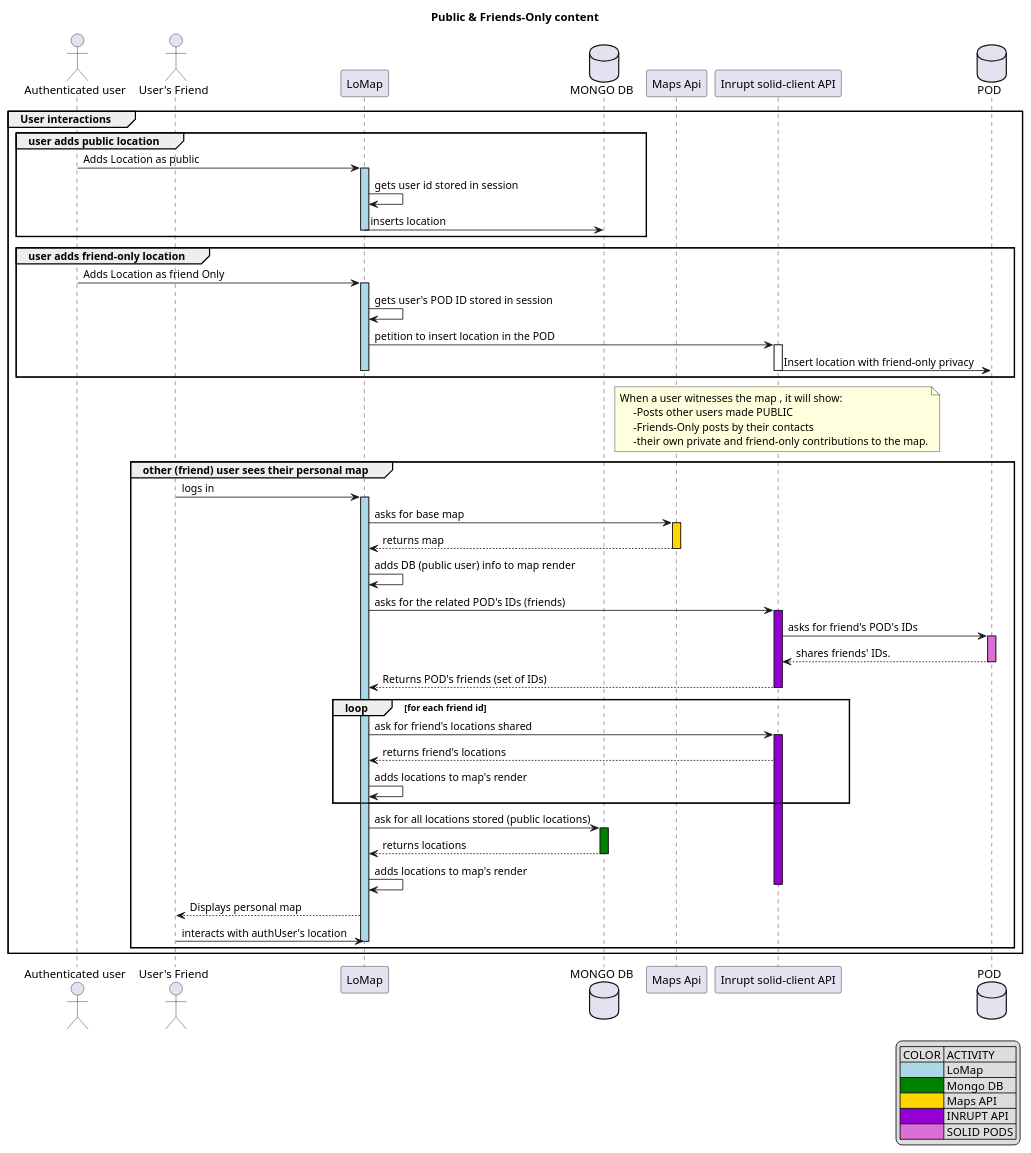
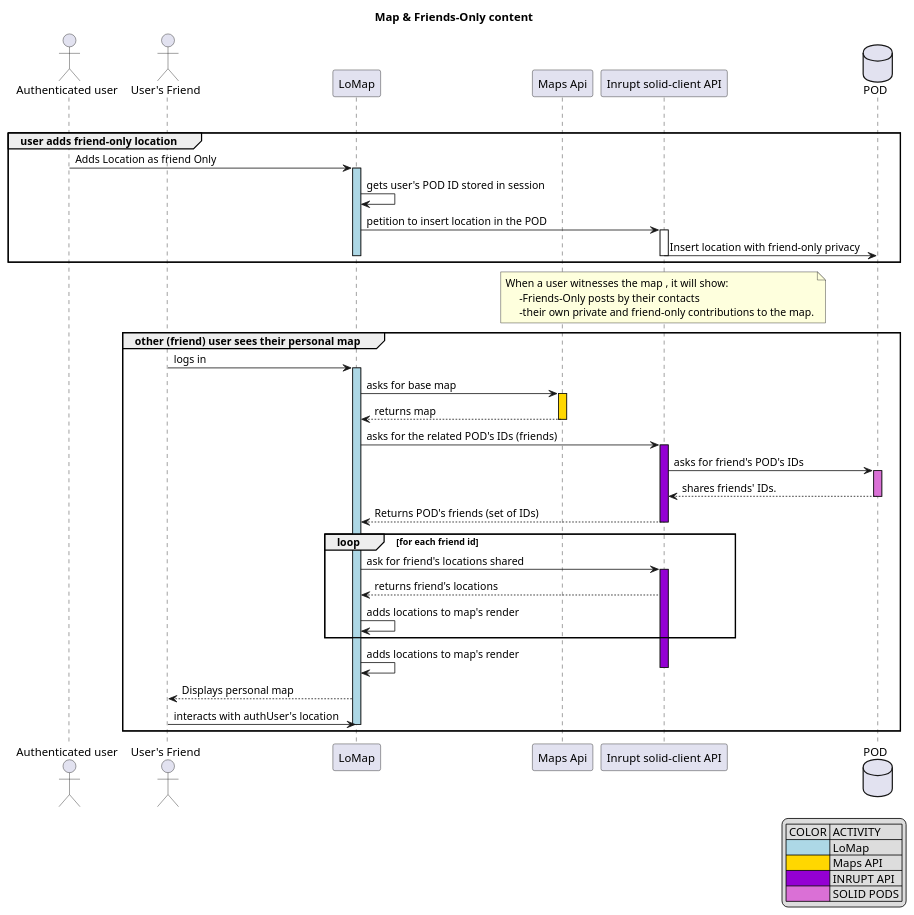
The third of 3 diagrams in docs/06_runtime_view.adoc (Arquisoft/lomap_en3b), drawn with PlantUML before and after one commit. The commit also changed other lines of this file and 3 other files, not shown here.

Commit message:
Update of the sequence diagrams after implementation changes

```diff
--- a/docs/06_runtime_view.adoc
+++ b/docs/06_runtime_view.adoc
@@ -155,24 +153,17 @@
 [plantuml,"FriendsContent",png]
 ----
 @startuml
-title  Public & Friends-Only content
+title Map & Friends-Only content
 
 actor "Authenticated user" as User
 actor "User's Friend" as Friend
 participant "LoMap"
-database "MONGO DB" as db
 participant "Maps Api" as maps
 participant "Inrupt solid-client API" as InruptApi
 database "POD" as pod
 
 group User interactions
-group user adds public location
-    User-> LoMap: Adds Location as public
-    activate LoMap #LightBlue
-    LoMap-> LoMap : gets user id stored in session
-    LoMap ->db: inserts location
-    deactivate LoMap
-end
+
 group user adds friend-only location
     User-> LoMap: Adds Location as friend Only
     activate LoMap #LightBlue
@@ -188,7 +179,6 @@
 end
 note over InruptApi
        When a user witnesses the map , it will show:
-            -Posts other users made PUBLIC
             -Friends-Only posts by their contacts
             -their own private and friend-only contributions to the map.
     end note
@@ -200,7 +190,6 @@
 activate maps #gold
 maps--> LoMap : returns map
 deactivate maps
-LoMap-> LoMap : adds DB (public user) info to map render
 LoMap-> InruptApi : asks for the related POD's IDs (friends)
 activate InruptApi#darkviolet
 InruptApi-> pod : asks for friend's POD's IDs
@@ -216,21 +205,18 @@
     InruptApi-->LoMap: returns friend's locations
     LoMap->LoMap: adds locations to map's render
 end loop
-LoMap->db:ask for all locations stored (public locations)
-activate db #green
-db-->LoMap: returns locations
-deactivate db
+
+
 LoMap->LoMap: adds locations to map's render
 deactivate InruptApi
 LoMap --> Friend :Displays personal map
 Friend->LoMap:interacts with authUser's location
 deactivate LoMap
-end
+
 end
 legend right
     | COLOR | ACTIVITY |
     |<#LightBlue>| LoMap |
-    |<#green>| Mongo DB |
     |<#gold>| Maps API |
     |<#darkviolet>| INRUPT API |
     |<#orchid>| SOLID PODS |
```
